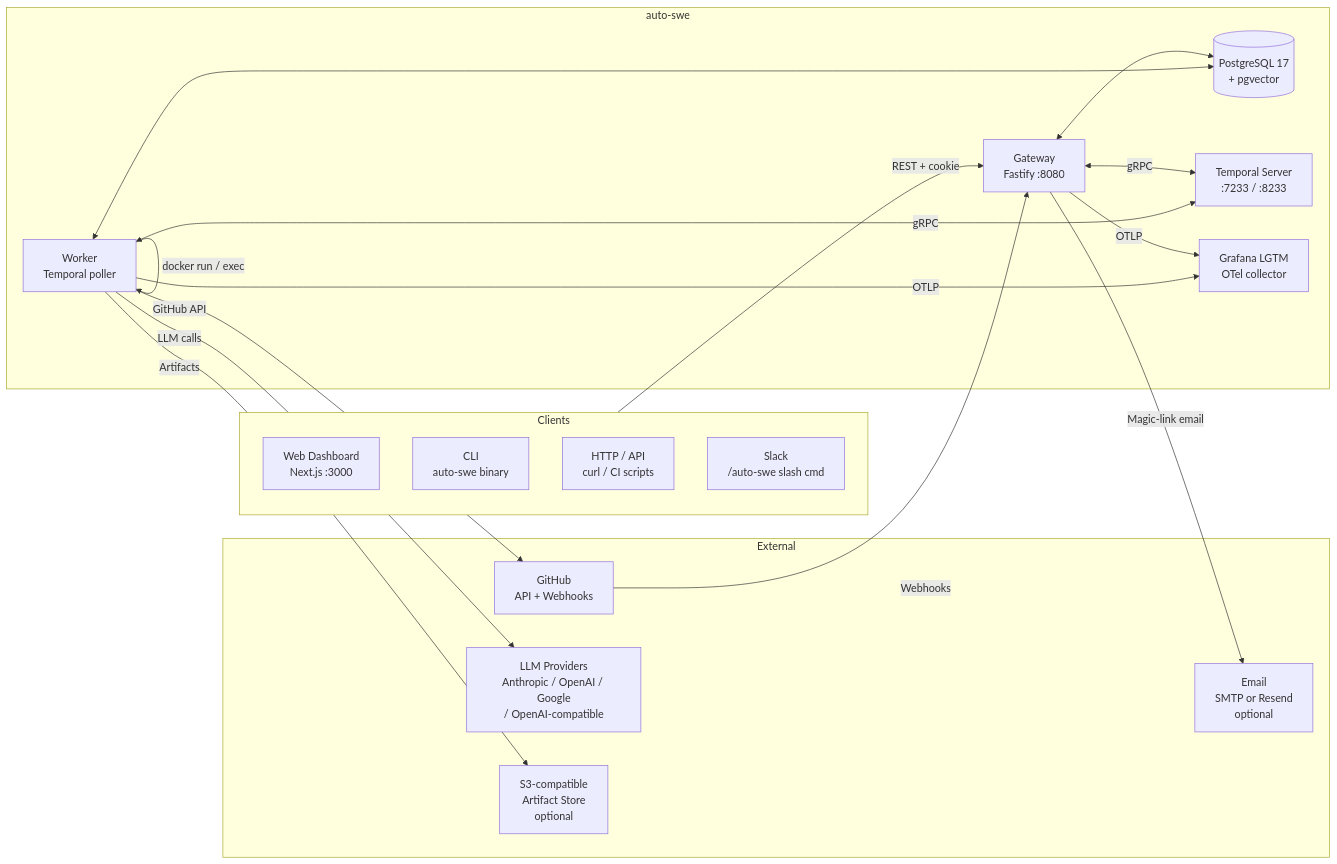
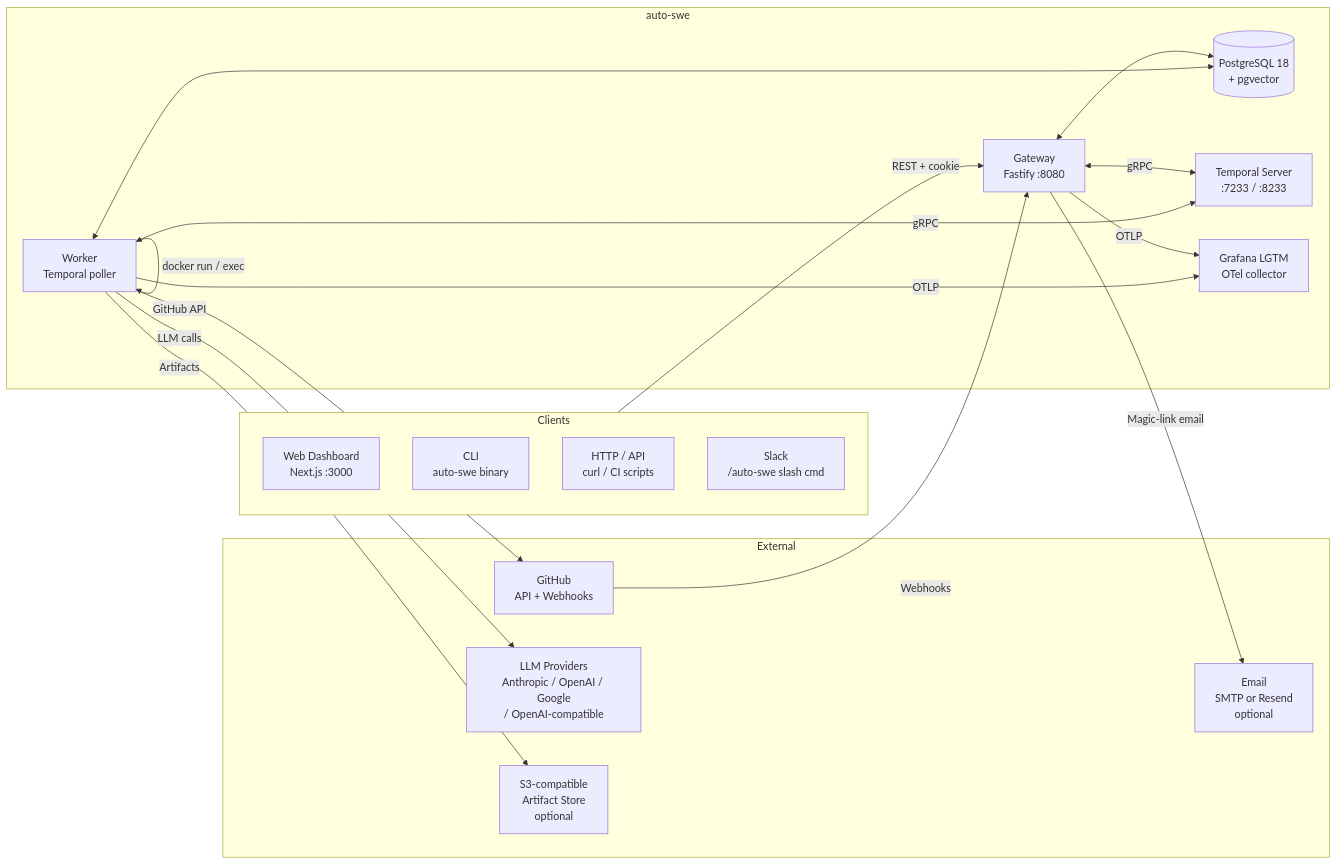
Before and after one commit to yorch/auto-swe: the first of 6 diagrams in docs/architecture.md, drawn with Mermaid. The commit also changed other lines of this file and 147 other files, not shown here.

````diff
--- a/docs/architecture.md
+++ b/docs/architecture.md
@@ -9,38 +9,38 @@
 ```mermaid
 flowchart LR
     subgraph Clients
         WEB[Web Dashboard\nNext.js :3000]
         CLI[CLI\nauto-swe binary]
         HTTP[HTTP / API\ncurl / CI scripts]
         SLACK[Slack\n/auto-swe slash cmd]
     end
 
     subgraph auto-swe
         GW[Gateway\nFastify :8080]
         WK[Worker\nTemporal poller]
-        DB[(PostgreSQL 17\n+ pgvector)]
+        DB[(PostgreSQL 18\n+ pgvector)]
         TMP[Temporal Server\n:7233 / :8233]
         OBS[Grafana LGTM\nOTel collector]
     end
 
     subgraph External
         GH[GitHub\nAPI + Webhooks]
         LLM[LLM Providers\nAnthropic / OpenAI / Google\n/ OpenAI-compatible]
         S3[S3-compatible\nArtifact Store\noptional]
         EMAIL[Email\nSMTP or Resend\noptional]
     end
 
     Clients -->|REST + cookie| GW
     GW <-->|gRPC| TMP
     GW <--> DB
     WK <-->|gRPC| TMP
     WK <--> DB
     WK -->|docker run / exec| WK
     WK -->|GitHub API| GH
     WK -->|LLM calls| LLM
     WK -->|Artifacts| S3
     GH -->|Webhooks| GW
     GW -->|OTLP| OBS
     WK -->|OTLP| OBS
     GW -->|Magic-link email| EMAIL
 ```
````
